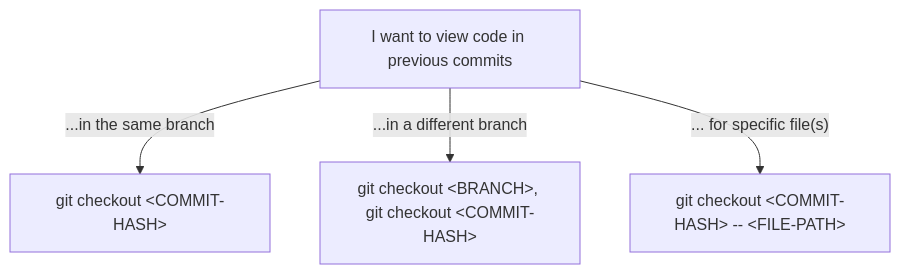
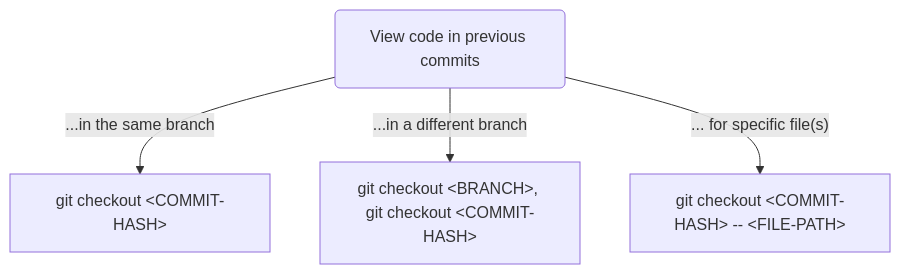
Before and after one commit to conorhamill36/conorhamill36.github.io: the first of 4 diagrams in _drafts/2024-06-26-git-undo.md, drawn with Mermaid. The commit also changed other lines of this file, not shown here.

````diff
--- a/_drafts/2024-06-26-git-undo.md
+++ b/_drafts/2024-06-26-git-undo.md
@@ -14,6 +15,6 @@
 ```mermaid
 flowchart TD
-    A[I want to view code in previous commits] -- ...in the same branch --> B[git checkout &lt;COMMIT-HASH&gt;]
+    A(View code in previous commits) -- ...in the same branch --> B[git checkout &lt;COMMIT-HASH&gt;]
     A -- ...in a different branch --> C[git checkout &lt;BRANCH&gt;, git checkout &lt;COMMIT-HASH&gt;]
     A -- ... for specific file(s) --> D[git checkout &lt;COMMIT-HASH&gt; -- &lt;FILE-PATH&gt;]
 ```
````
